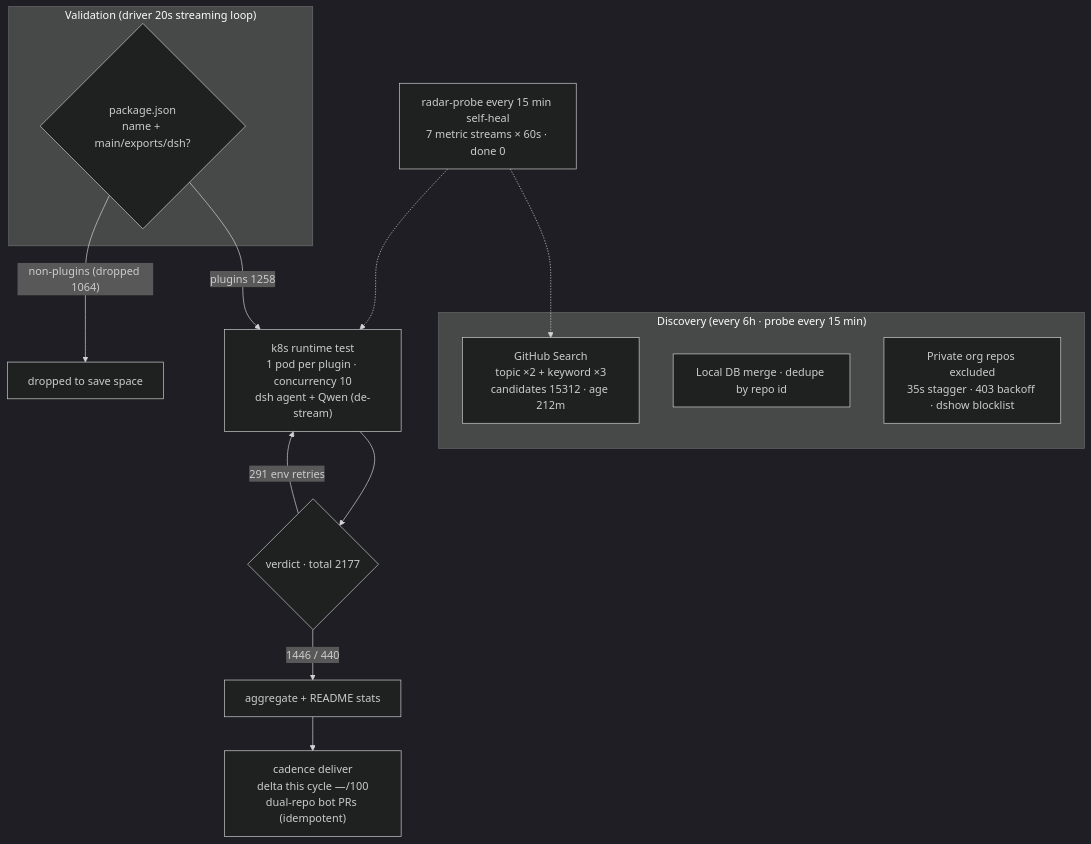
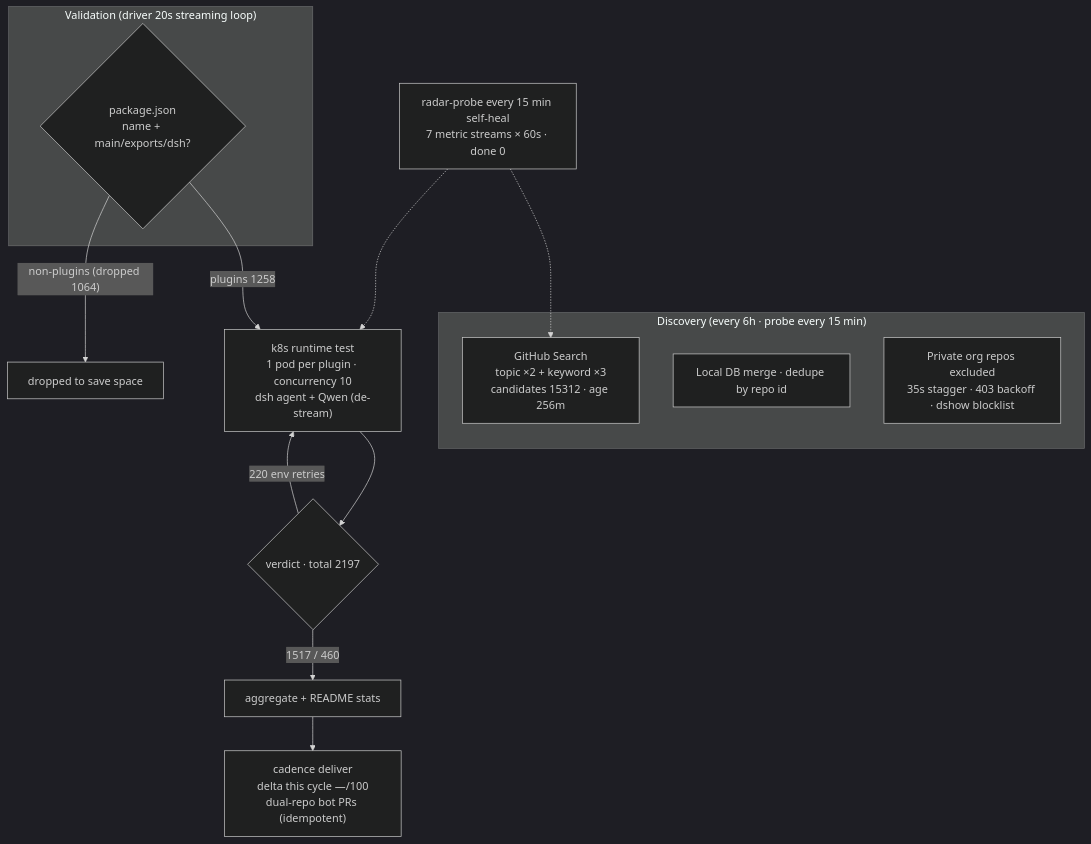
The diagram in README.en-US.md (AdamPlatin123/awesome-dsh-plugins), drawn with Mermaid (dark theme) before and after one commit. The commit also changed other lines of this file and 5 other files, not shown here.

````diff
--- a/README.en-US.md
+++ b/README.en-US.md
@@ -30,20 +30,20 @@
 ```mermaid
 flowchart TB
     subgraph Discovery["Discovery (every 6h · probe every 15 min)"]
-        A1["GitHub Search<br/>topic ×2 + keyword ×3<br/>candidates 15312 · age 212m"]
+        A1["GitHub Search<br/>topic ×2 + keyword ×3<br/>candidates 15312 · age 256m"]
         A2["Local DB merge · dedupe by repo id"]
         A3["Private org repos excluded<br/>35s stagger · 403 backoff · dshow blocklist"]
     end
     subgraph Validation["Validation (driver 20s streaming loop)"]
         B1{"package.json<br/>name + main/exports/dsh?"}
     end
     B1 -->|"plugins 1258"| C1["k8s runtime test<br/>1 pod per plugin · concurrency 10<br/>dsh agent + Qwen (de-stream)"]
     B1 -->|"non-plugins (dropped 1064)"| B3["dropped to save space"]
-    C1 --> D1{"verdict · total 2177"}
-    D1 -->|"1446 / 440"| E1["aggregate + README stats"]
-    D1 -->|"291 env retries"| C1
+    C1 --> D1{"verdict · total 2197"}
+    D1 -->|"1517 / 460"| E1["aggregate + README stats"]
+    D1 -->|"220 env retries"| C1
     E1 --> E2["cadence deliver<br/>delta this cycle —/100<br/>dual-repo bot PRs (idempotent)"]
     M["radar-probe every 15 min self-heal<br/>7 metric streams × 60s · done 0"]
     M -.-> A1
     M -.-> C1
 ```
````
